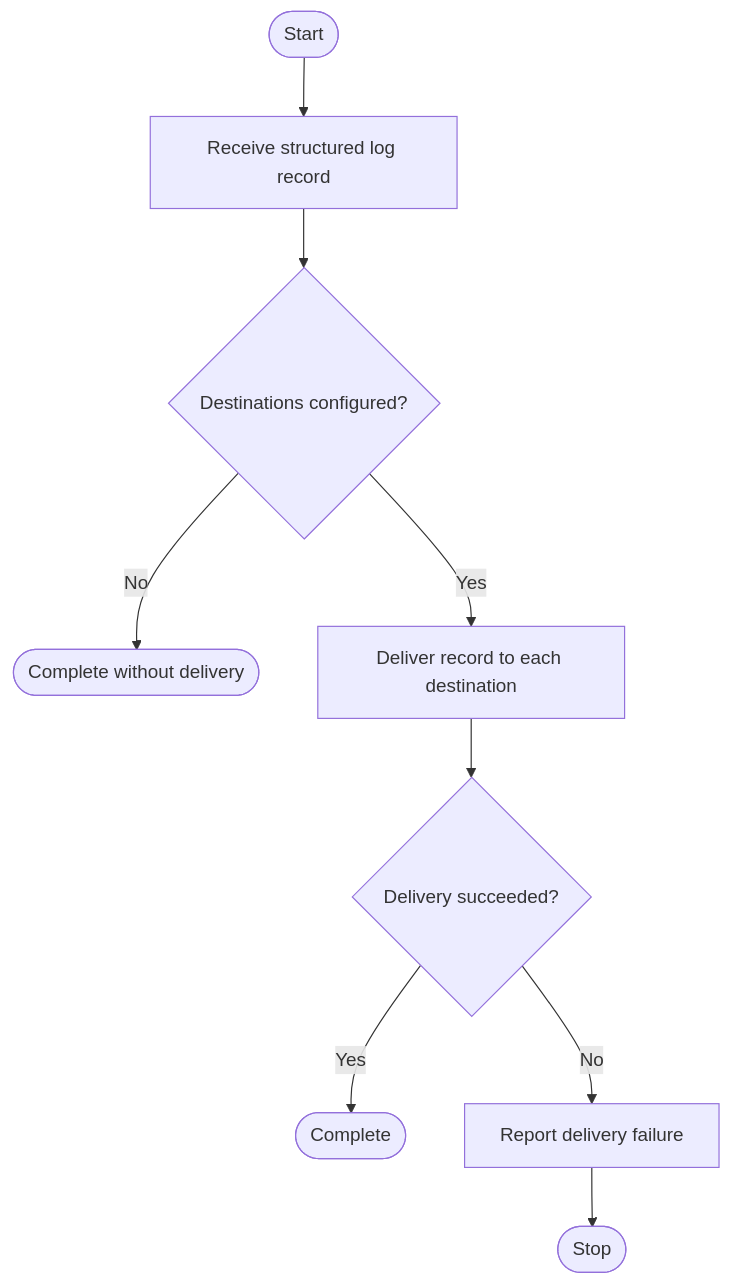
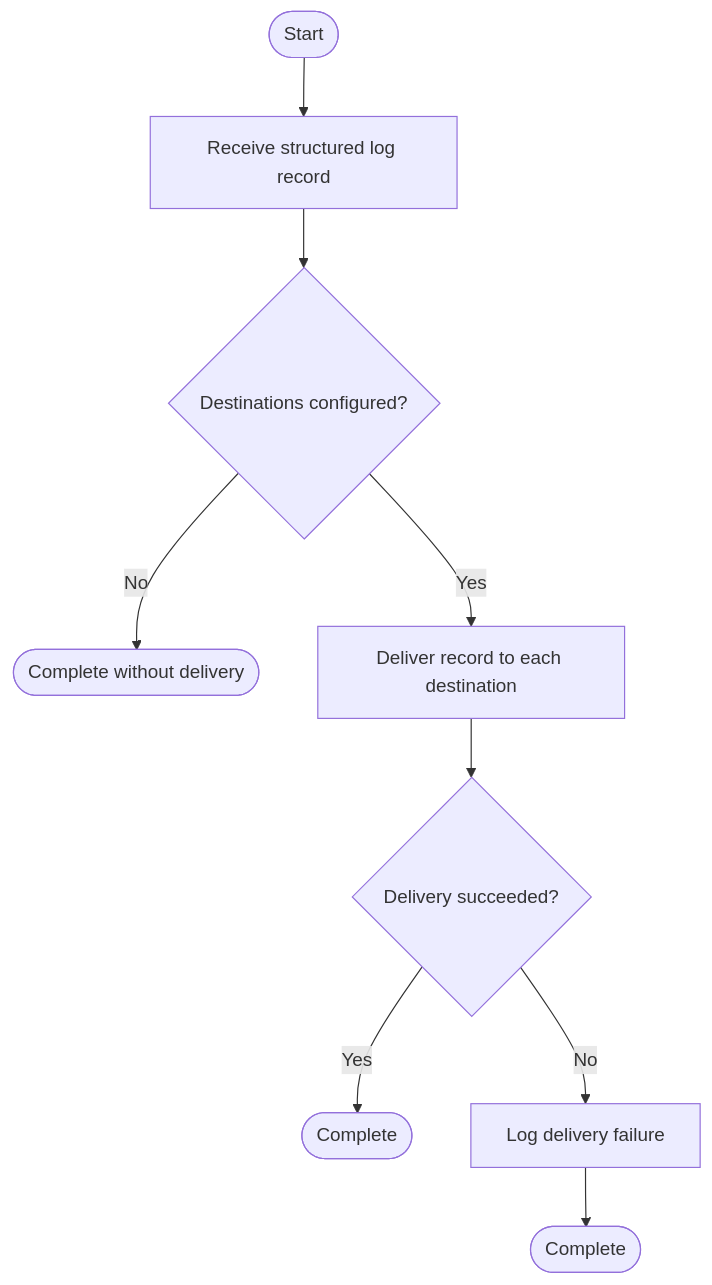
The diagram in docs/system/logger-service/processes/emit-log-entry.md (DelgadoArlee/cv-brewer), drawn with Mermaid before and after one commit. The commit also changed other lines of this file and 137 other files, not shown here.

`````diff
--- a/docs/system/logger-service/processes/emit-log-entry.md
+++ b/docs/system/logger-service/processes/emit-log-entry.md
@@ -9,11 +9,11 @@
 ```` mermaid
 flowchart TD
     A([Start]) --> B[Receive structured log record]
     B --> C{Destinations configured?}
     C -->|No| D([Complete without delivery])
     C -->|Yes| E[Deliver record to each destination]
     E --> F{Delivery succeeded?}
     F -->|Yes| G([Complete])
-    F -->|No| H[Report delivery failure]
-    H --> I([Stop])
+    F -->|No| H[Log delivery failure]
+    H --> I([Complete])
 ````
`````
